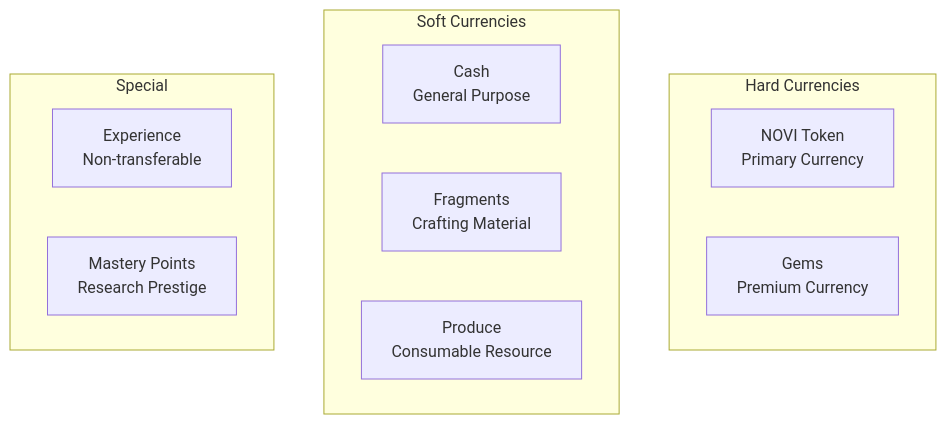
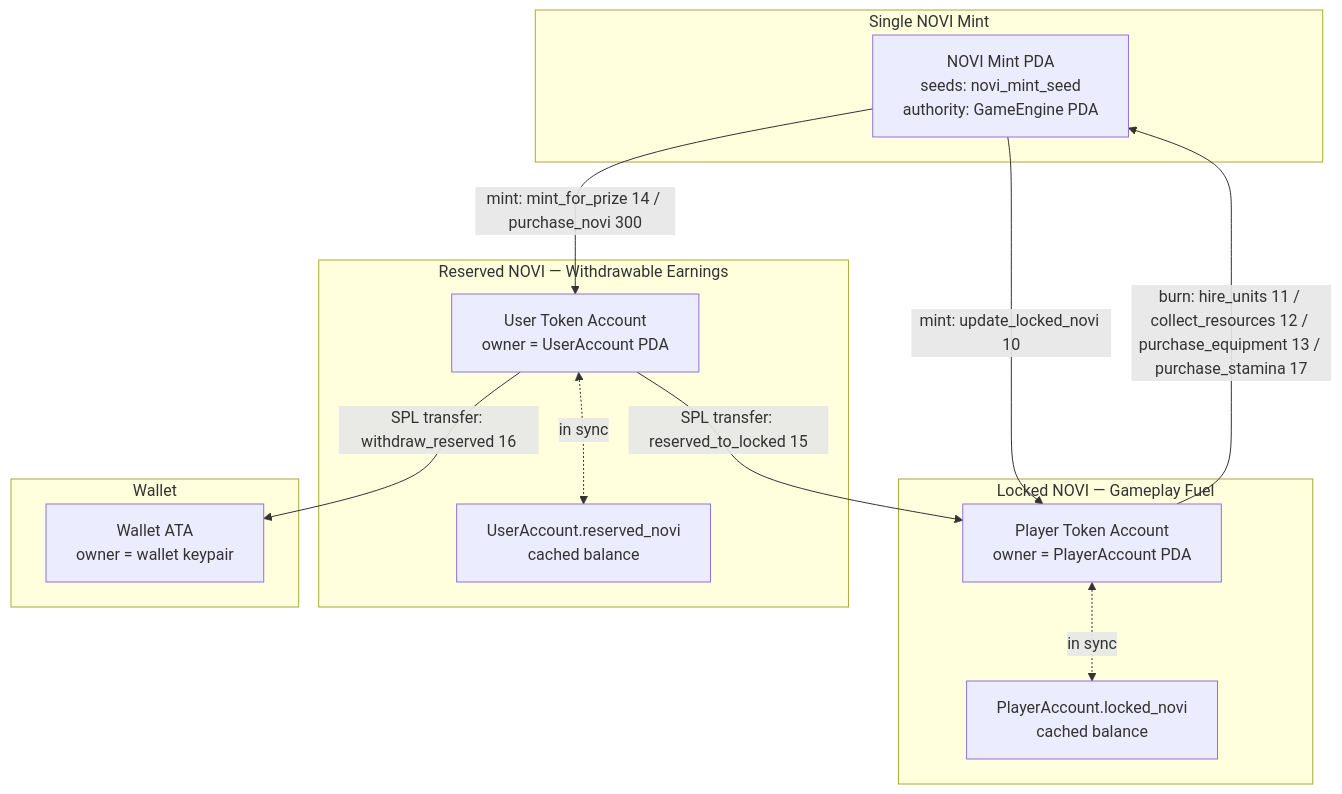
One commit to crypt0miester/novus-mundus changed the first of 3 diagrams in docs/onchain/03-economy/currencies.md. Above: the diagram before and after it, drawn with Mermaid. The commit also changed other lines of this file and 259 other files, not shown here.

Commit message:
Add player journey game plan: narrative arc, the Steward, estate redesign and Market unbundling

````diff
--- a/docs/onchain/03-economy/currencies.md
+++ b/docs/onchain/03-economy/currencies.md
@@ -9,18 +9,28 @@
 ```mermaid
 graph TB
-    subgraph "Hard Currencies"
-        NOVI[NOVI Token<br/>Primary Currency]
-        GEMS[Gems<br/>Premium Currency]
+    subgraph "Single NOVI Mint"
+        MINT[NOVI Mint PDA<br/>seeds: novi_mint_seed<br/>authority: GameEngine PDA]
     end
 
-    subgraph "Soft Currencies"
-        CASH[Cash<br/>General Purpose]
-        FRAG[Fragments<br/>Crafting Material]
-        PROD[Produce<br/>Consumable Resource]
+    subgraph "Locked NOVI — Gameplay Fuel"
+        LTA[Player Token Account<br/>owner = PlayerAccount PDA]
+        PA[PlayerAccount.locked_novi<br/>cached balance]
+        LTA <-.->|in sync| PA
     end
 
-    subgraph "Special"
-        XP[Experience<br/>Non-transferable]
-        MASTERY[Mastery Points<br/>Research Prestige]
+    subgraph "Reserved NOVI — Withdrawable Earnings"
+        RTA[User Token Account<br/>owner = UserAccount PDA]
+        UA[UserAccount.reserved_novi<br/>cached balance]
+        RTA <-.->|in sync| UA
     end
+
+    subgraph "Wallet"
+        WAL[Wallet ATA<br/>owner = wallet keypair]
+    end
+
+    MINT -->|mint: update_locked_novi 10| LTA
+    MINT -->|"mint: mint_for_prize 14 / purchase_novi 300"| RTA
+    LTA -->|"burn: hire_units 11 / collect_resources 12 / purchase_equipment 13 / purchase_stamina 17"| MINT
+    RTA -->|SPL transfer: reserved_to_locked 15| LTA
+    RTA -->|SPL transfer: withdraw_reserved 16| WAL
 ```
````
